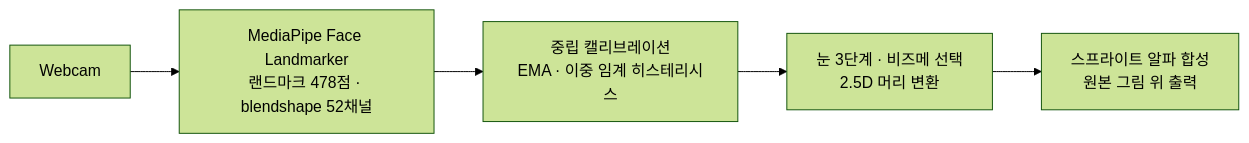
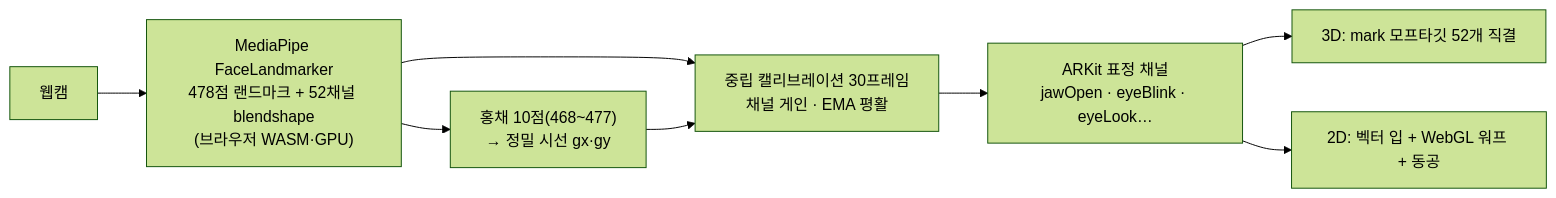
Before and after one commit to ingon1026/drawface-live: the diagram in README.md, drawn with Mermaid (forest theme). The commit also changed other lines of this file and 1 other file, not shown here.

````diff
--- a/README.md
+++ b/README.md
@@ -37,7 +27,10 @@
 ```mermaid
 flowchart LR
-    A[Webcam] --> B["MediaPipe Face Landmarker<br/>랜드마크 478점 · blendshape 52채널"]
-    B --> C["중립 캘리브레이션<br/>EMA · 이중 임계 히스테리시스"]
-    C --> D["눈 3단계 · 비즈메 선택<br/>2.5D 머리 변환"]
-    D --> E["스프라이트 알파 합성<br/>원본 그림 위 출력"]
+    A[웹캠] --> B["MediaPipe FaceLandmarker<br/>478점 랜드마크 + 52채널 blendshape<br/>(브라우저 WASM·GPU)"]
+    B --> C["중립 캘리브레이션 30프레임<br/>채널 게인 · EMA 평활"]
+    B --> G["홍채 10점(468~477)<br/>→ 정밀 시선 gx·gy"]
+    G --> C
+    C --> D["ARKit 표정 채널<br/>jawOpen · eyeBlink · eyeLook…"]
+    D --> E["3D: mark 모프타깃 52개 직결"]
+    D --> F["2D: 벡터 입 + WebGL 워프 + 동공"]
 ```
````
